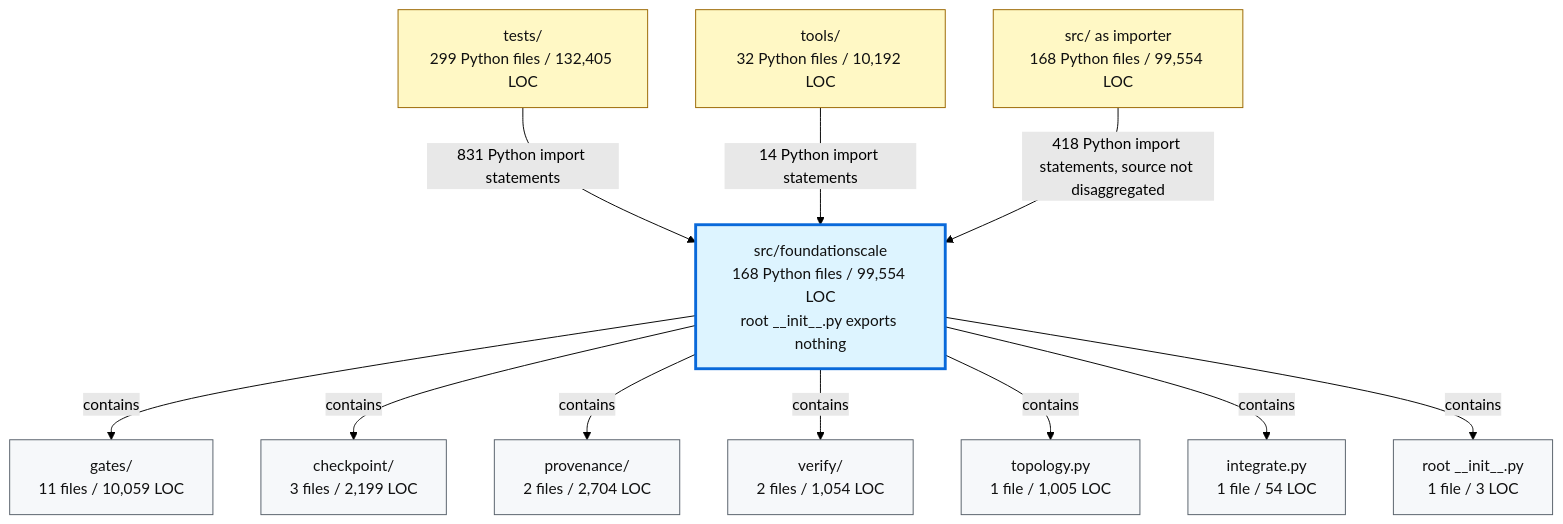
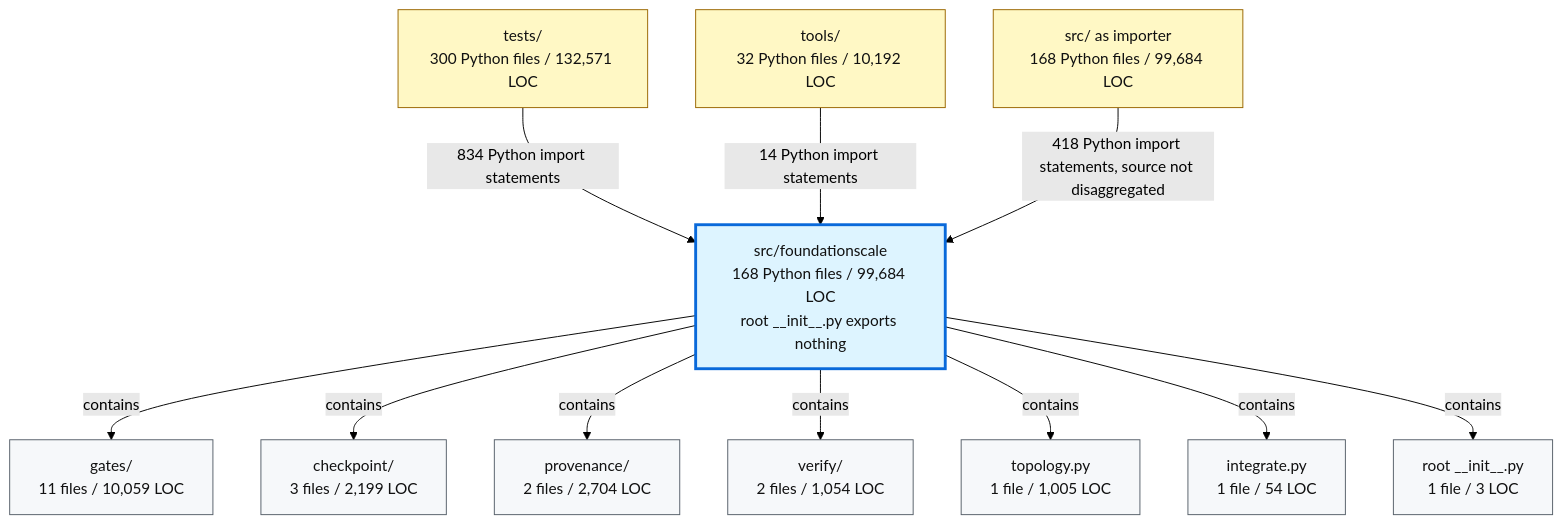
Before and after one commit to TranNhiem/FoundationScale: the second of 2 diagrams in docs/review/D2_current_architecture.md, drawn with Mermaid (forest theme). The commit also changed other lines of this file and 10 other files, not shown here.

````diff
--- a/docs/review/D2_current_architecture.md
+++ b/docs/review/D2_current_architecture.md
@@ -97,36 +97,36 @@
 ```mermaid
 flowchart TB
-  TESTS["tests/<br/>299 Python files / 132,405 LOC"]
+  TESTS["tests/<br/>300 Python files / 132,571 LOC"]
   TOOLS["tools/<br/>32 Python files / 10,192 LOC"]
-  SRC["src/ as importer<br/>168 Python files / 99,554 LOC"]
+  SRC["src/ as importer<br/>168 Python files / 99,684 LOC"]
 
-  FS["src/foundationscale<br/>168 Python files / 99,554 LOC<br/>root __init__.py exports nothing"]
+  FS["src/foundationscale<br/>168 Python files / 99,684 LOC<br/>root __init__.py exports nothing"]
 
   GATES["gates/<br/>11 files / 10,059 LOC"]
   CKPT["checkpoint/<br/>3 files / 2,199 LOC"]
   PROV["provenance/<br/>2 files / 2,704 LOC"]
   VERIFY["verify/<br/>2 files / 1,054 LOC"]
   TOPO["topology.py<br/>1 file / 1,005 LOC"]
   INTEG["integrate.py<br/>1 file / 54 LOC"]
   ROOT["root __init__.py<br/>1 file / 3 LOC"]
 
-  TESTS -->|"831 Python import statements"| FS
+  TESTS -->|"834 Python import statements"| FS
   TOOLS -->|"14 Python import statements"| FS
   SRC -->|"418 Python import statements, source not disaggregated"| FS
 
   FS -->|"contains"| GATES
   FS -->|"contains"| CKPT
   FS -->|"contains"| PROV
   FS -->|"contains"| VERIFY
   FS -->|"contains"| TOPO
   FS -->|"contains"| INTEG
   FS -->|"contains"| ROOT
 
   classDef consumer fill:#fff8c5,stroke:#9a6700,color:#111;
   classDef package fill:#ddf4ff,stroke:#0969da,stroke-width:3px,color:#111;
   classDef module fill:#f6f8fa,stroke:#57606a,color:#111;
 
   class TESTS,TOOLS,SRC consumer;
   class FS package;
   class GATES,CKPT,PROV,VERIFY,TOPO,INTEG,ROOT module;
 ```
````
